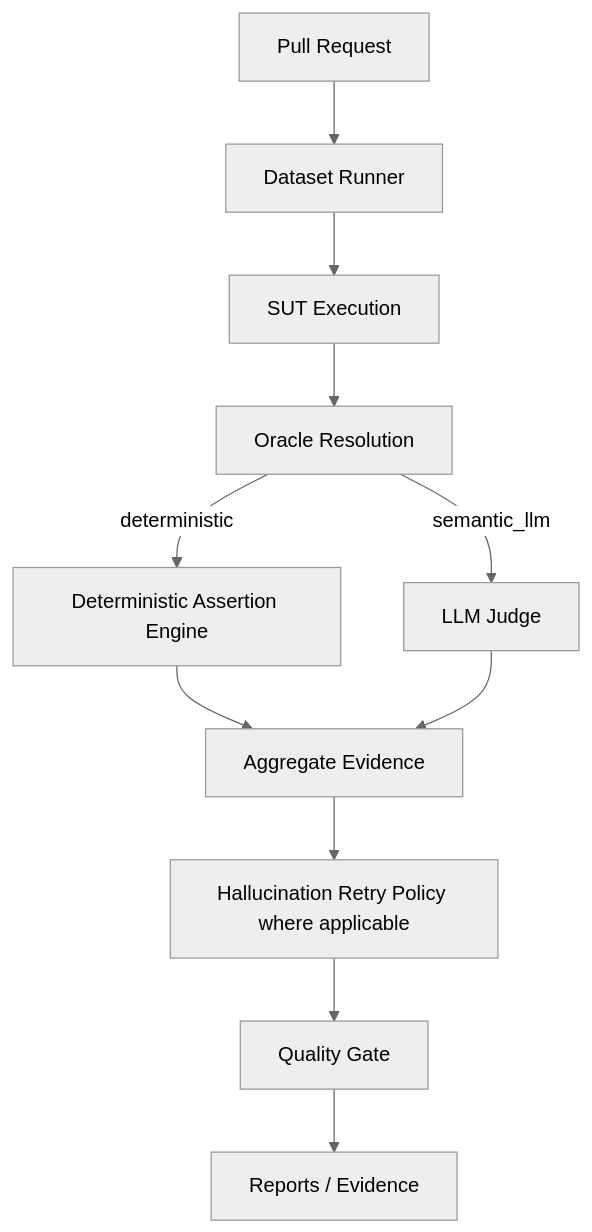
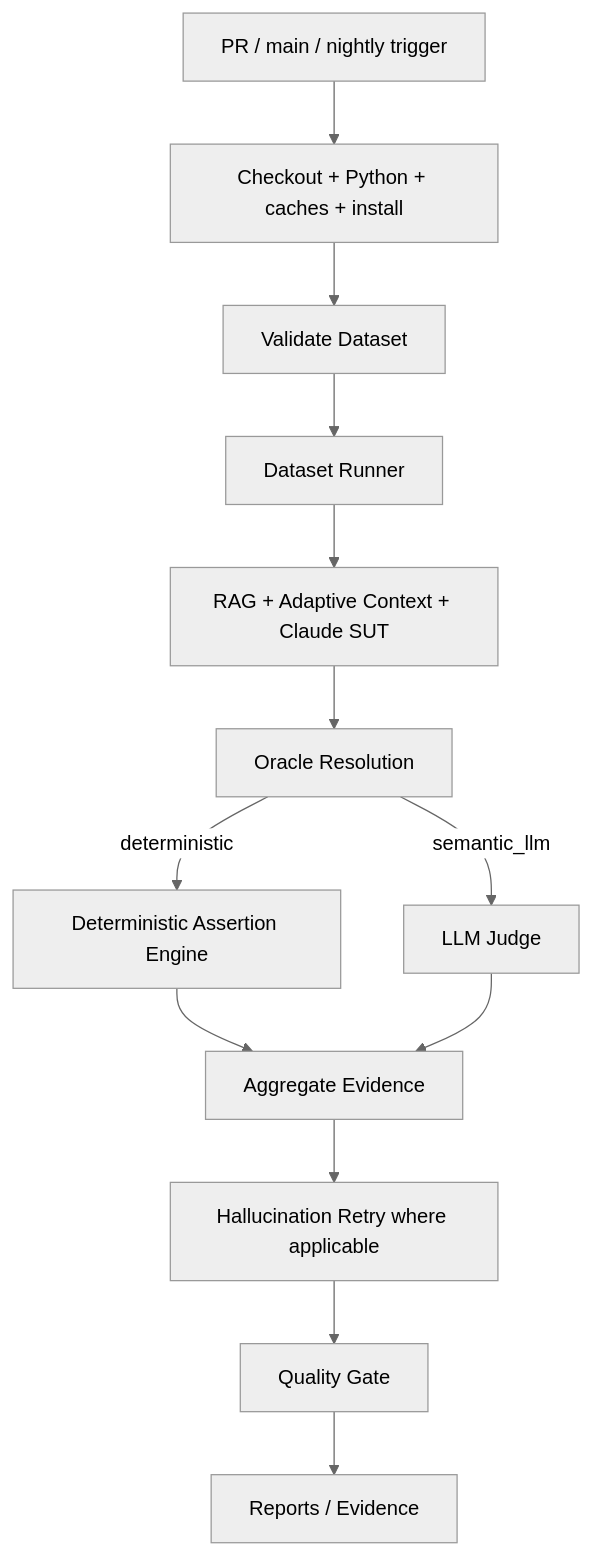
Before and after one commit to oleksandrserhieiev-beep/ai-qe-lab: the eighth of 9 diagrams in docs/architecture.md, drawn with Mermaid (neutral theme). The commit also changed other lines of this file, not shown here.

Commit message:
Align architecture with implemented adaptive context flow

````diff
--- a/docs/architecture.md
+++ b/docs/architecture.md
@@ -266,13 +245,15 @@
 ```mermaid
 flowchart TD
-    PR[Pull Request] --> RUN[Dataset Runner]
-    RUN --> SUT[SUT Execution]
+    T[PR / main / nightly trigger] --> SETUP[Checkout + Python + caches + install]
+    SETUP --> VAL[Validate Dataset]
+    VAL --> RUN[Dataset Runner]
+    RUN --> SUT[RAG + Adaptive Context + Claude SUT]
     SUT --> OR[Oracle Resolution]
     OR -->|deterministic| DET[Deterministic Assertion Engine]
     OR -->|semantic_llm| SEM[LLM Judge]
     DET --> AGG[Aggregate Evidence]
     SEM --> AGG
-    AGG --> RET[Hallucination Retry Policy where applicable]
+    AGG --> RET[Hallucination Retry where applicable]
     RET --> G[Quality Gate]
     G --> ART[Reports / Evidence]
 ```
````
